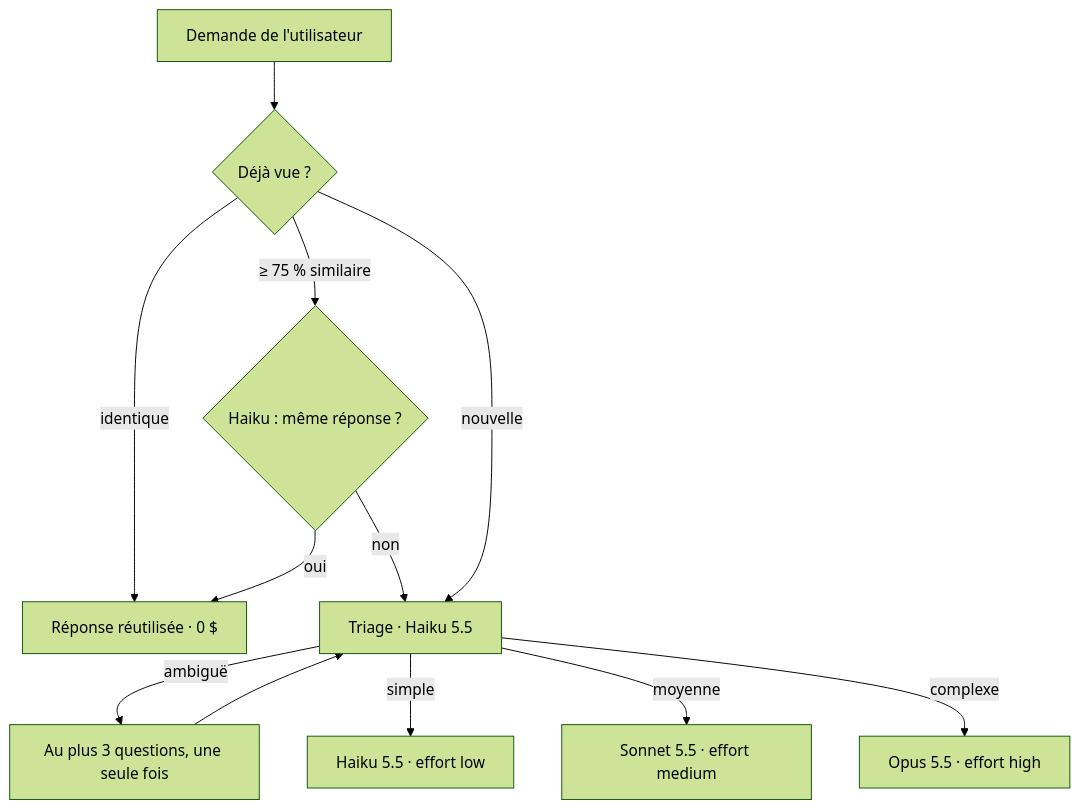
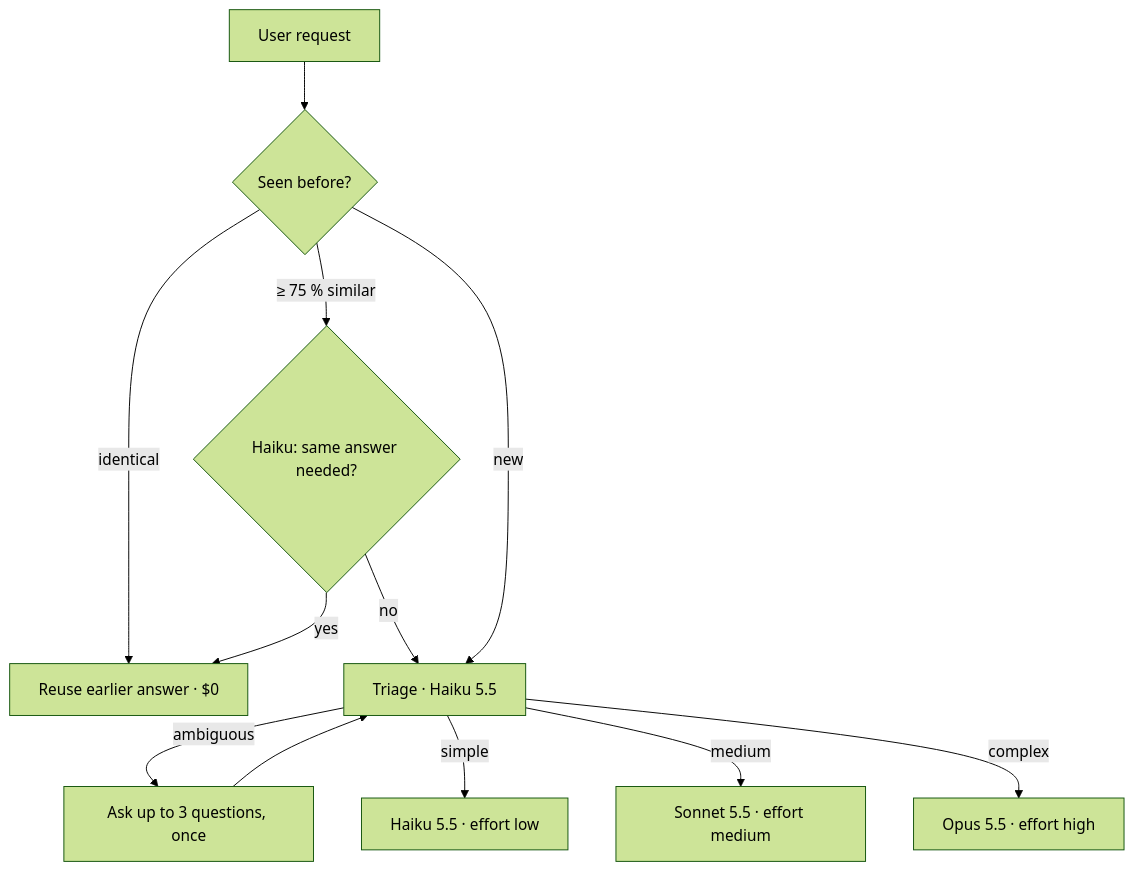
Before and after one commit to JacobRoche123/codejam-2026: the second of 9 diagrams in README.md, drawn with Mermaid (forest theme). The commit also changed other lines of this file and 1 other file, not shown here.

First line of the commit message:
README back in English, with Mermaid diagrams

````diff
--- a/README.md
+++ b/README.md
@@ -32,14 +38,14 @@
 ```mermaid
 flowchart TD
-    A[Demande de l'utilisateur] --> B{Déjà vue ?}
-    B -- identique --> Z[Réponse réutilisée · 0 $]
-    B -- "≥ 75 % similaire" --> C{Haiku : même réponse ?}
-    C -- oui --> Z
-    C -- non --> D
-    B -- nouvelle --> D[Triage · Haiku 5.5]
-    D -- ambiguë --> Q[Au plus 3 questions, une seule fois]
+    A[User request] --> B{Seen before?}
+    B -- identical --> Z["Reuse earlier answer · $0"]
+    B -- "≥ 75 % similar" --> C{"Haiku: same answer needed?"}
+    C -- yes --> Z
+    C -- no --> D
+    B -- new --> D["Triage · Haiku 5.5"]
+    D -- ambiguous --> Q["Ask up to 3 questions, once"]
     Q --> D
-    D -- simple --> H[Haiku 5.5 · effort low]
-    D -- moyenne --> S[Sonnet 5.5 · effort medium]
-    D -- complexe --> O[Opus 5.5 · effort high]
+    D -- simple --> H["Haiku 5.5 · effort low"]
+    D -- medium --> S["Sonnet 5.5 · effort medium"]
+    D -- complex --> O["Opus 5.5 · effort high"]
 ```
````
